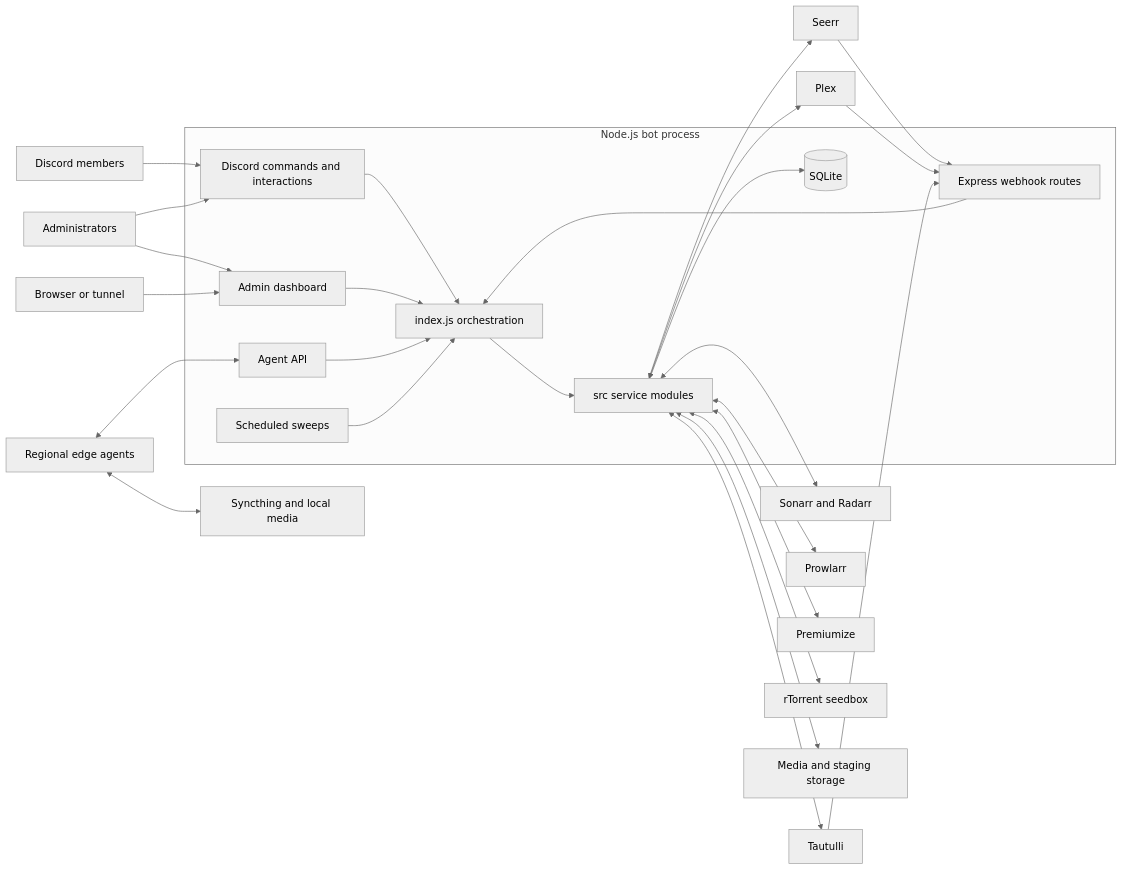
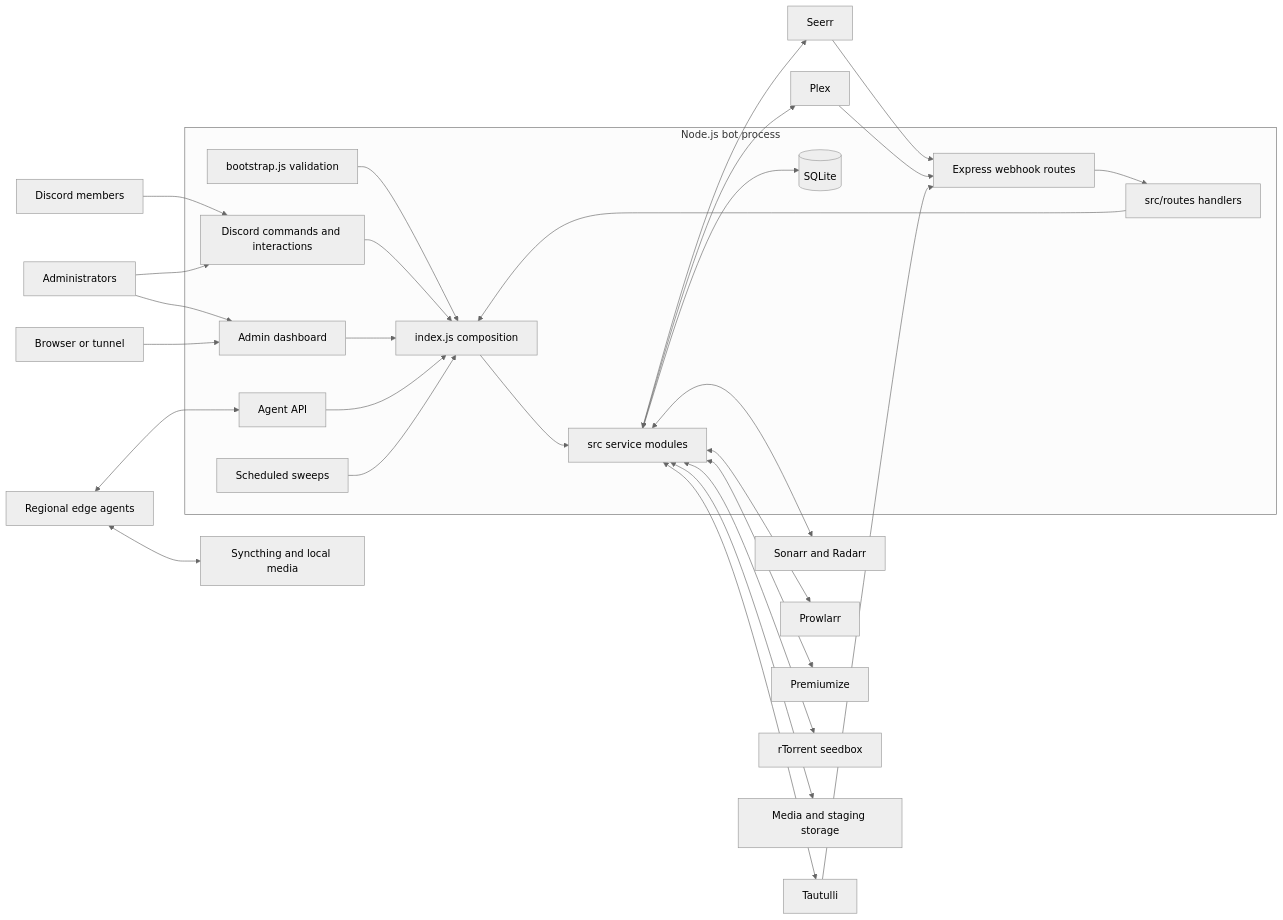
The first of 3 diagrams in docs/obsidian/Project Graph.md (DurantTL/overseerr-dm-bot), drawn with Mermaid (neutral theme) before and after one commit. The commit also changed other lines of this file and 15 other files, not shown here.

Commit message:
Refresh roadmap and repository policy (#194)

````diff
--- a/docs/obsidian/Project Graph.md
+++ b/docs/obsidian/Project Graph.md
@@ -15,32 +16,34 @@
 ```mermaid
 flowchart LR
     Members[Discord members] --> Discord[Discord commands and interactions]
     Admins[Administrators] --> Discord
     Admins --> Dashboard[Admin dashboard]
 
     Seerr[Seerr] --> Webhooks[Express webhook routes]
     Plex[Plex] --> Webhooks
     Tautulli[Tautulli] --> Webhooks
     Browser[Browser or tunnel] --> Dashboard
     EdgeAgents[Regional edge agents] <--> AgentAPI[Agent API]
 
     subgraph Bot[Node.js bot process]
-        Discord --> Index[index.js orchestration]
-        Webhooks --> Index
+        Bootstrap[bootstrap.js validation] --> Index[index.js composition]
+        Discord --> Index
+        Webhooks --> Routes[src/routes handlers]
+        Routes --> Index
         Dashboard --> Index
         AgentAPI --> Index
         Sweeps[Scheduled sweeps] --> Index
         Index --> Services[src service modules]
         Services --> SQLite[(SQLite)]
     end
 
     Services <--> Seerr
     Services <--> Plex
     Services <--> Tautulli
     Services <--> Arrs[Sonarr and Radarr]
     Services <--> Prowlarr[Prowlarr]
     Services <--> Premiumize[Premiumize]
     Services <--> RTorrent[rTorrent seedbox]
     Services <--> Storage[Media and staging storage]
     EdgeAgents <--> Syncthing[Syncthing and local media]
 ```
````
